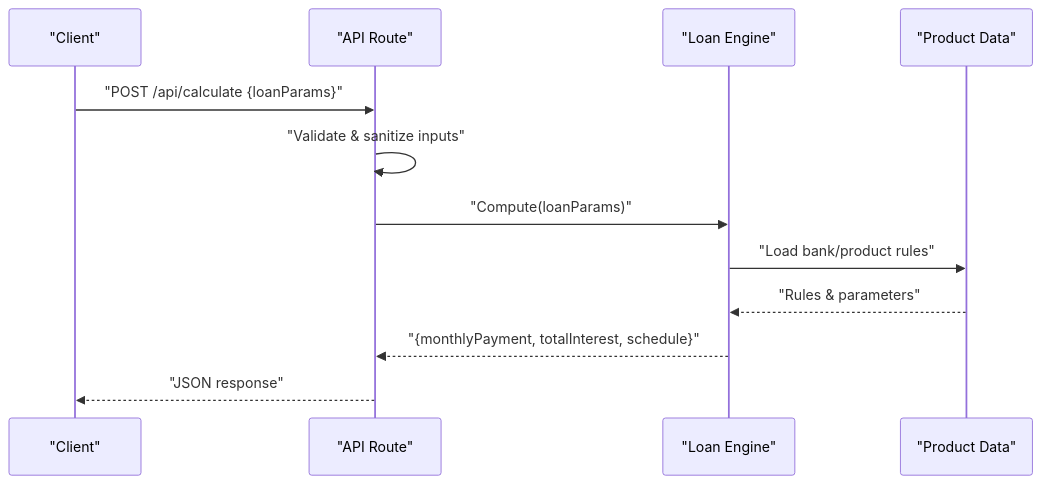
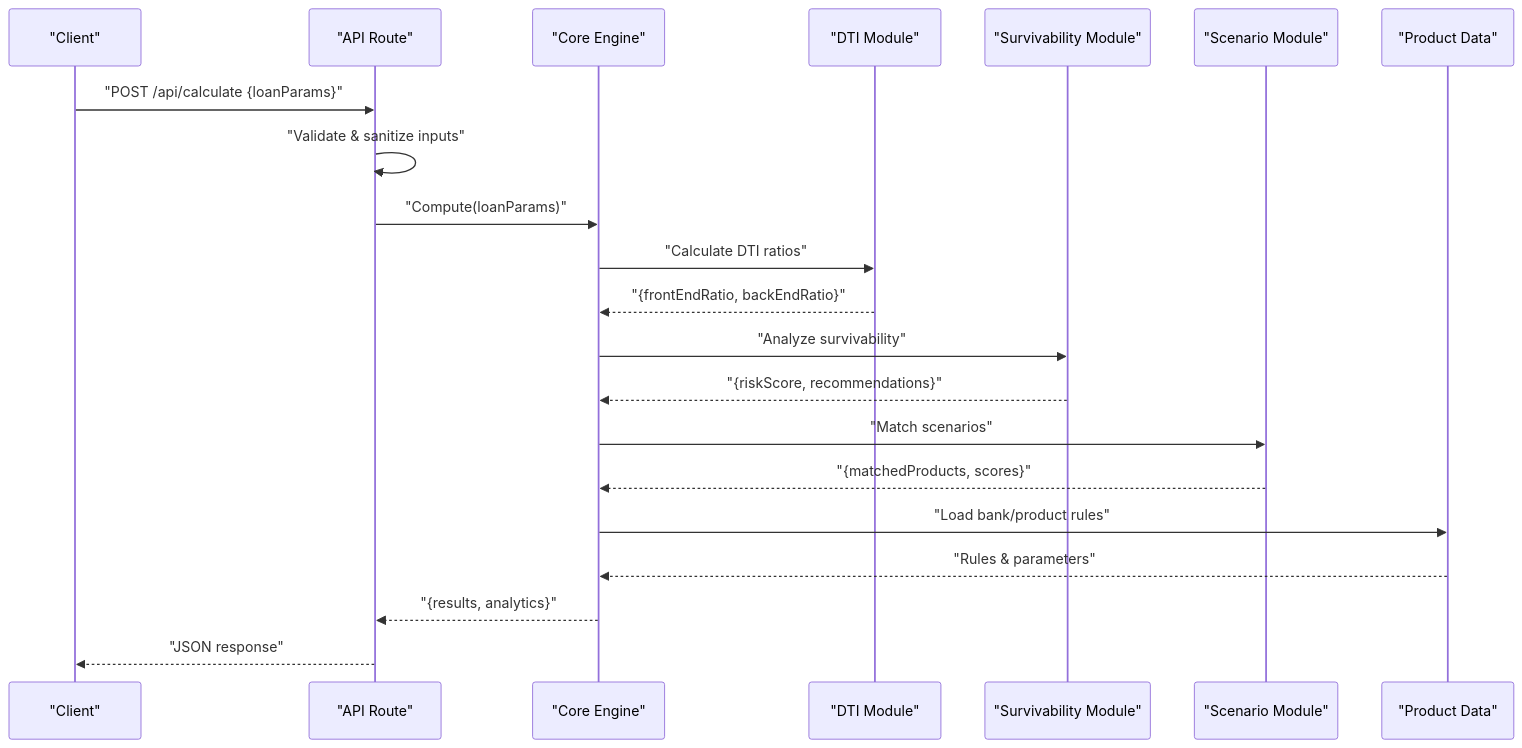
One commit to alibaba-hackathon-fsi/frontend-vaya changed the second of 5 diagrams in .qoder/repowiki/en/content/Loan Engine/Core Calculation Engine.md. Above: the diagram before and after it, drawn with Mermaid. The commit also changed other lines of this file and 77 other files, not shown here.

````diff
--- a/.qoder/repowiki/en/content/Loan Engine/Core Calculation Engine.md
+++ b/.qoder/repowiki/en/content/Loan Engine/Core Calculation Engine.md
@@ -76,14 +108,23 @@
 ```mermaid
 sequenceDiagram
 participant C as "Client"
 participant A as "API Route"
-participant E as "Loan Engine"
+participant E as "Core Engine"
+participant D as "DTI Module"
+participant S as "Survivability Module"
+participant M as "Scenario Module"
 participant P as "Product Data"
 C->>A : "POST /api/calculate {loanParams}"
 A->>A : "Validate & sanitize inputs"
 A->>E : "Compute(loanParams)"
+E->>D : "Calculate DTI ratios"
+D-->>E : "{frontEndRatio, backEndRatio}"
+E->>S : "Analyze survivability"
+S-->>E : "{riskScore, recommendations}"
+E->>M : "Match scenarios"
+M-->>E : "{matchedProducts, scores}"
 E->>P : "Load bank/product rules"
 P-->>E : "Rules & parameters"
-E-->>A : "{monthlyPayment, totalInterest, schedule}"
+E-->>A : "{results, analytics}"
 A-->>C : "JSON response"
 ```
````
